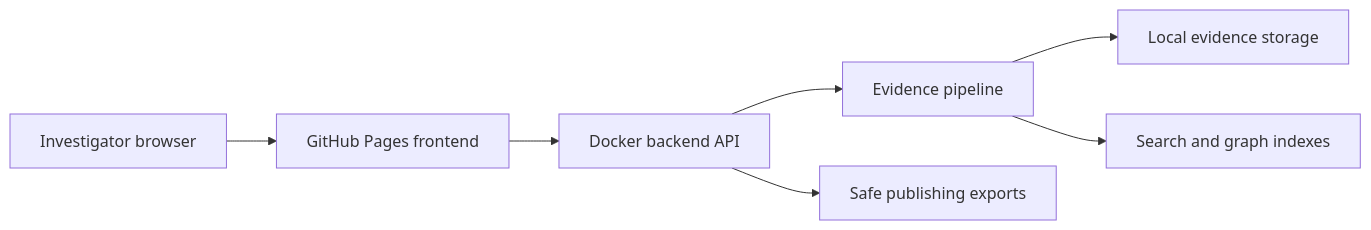
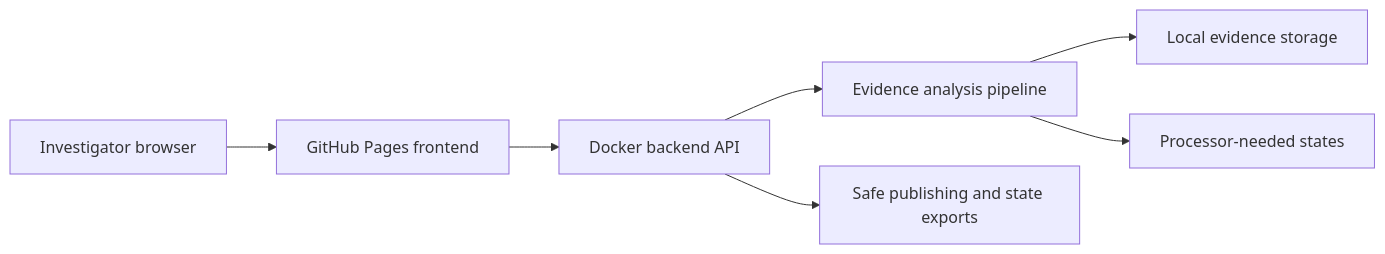
Before and after one commit to baditaflorin/civitas: the diagram in README.md, drawn with Mermaid. The commit also changed other lines of this file and 28 other files, not shown here.

````diff
--- a/README.md
+++ b/README.md
@@ -31,9 +41,9 @@
 ```mermaid
 flowchart LR
   investigator["Investigator browser"] --> pages["GitHub Pages frontend"]
   pages --> api["Docker backend API"]
-  api --> pipeline["Evidence pipeline"]
+  api --> pipeline["Evidence analysis pipeline"]
   pipeline --> storage["Local evidence storage"]
-  pipeline --> index["Search and graph indexes"]
-  api --> export["Safe publishing exports"]
+  pipeline --> status["Processor-needed states"]
+  api --> export["Safe publishing and state exports"]
 ```
````
